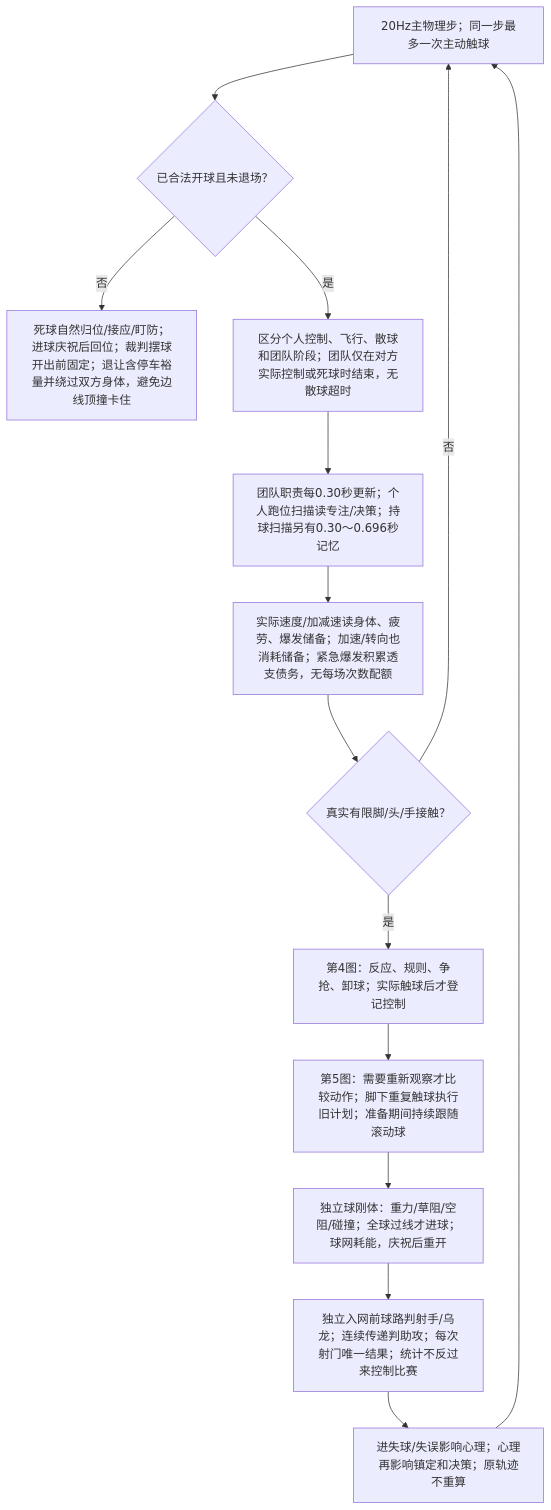
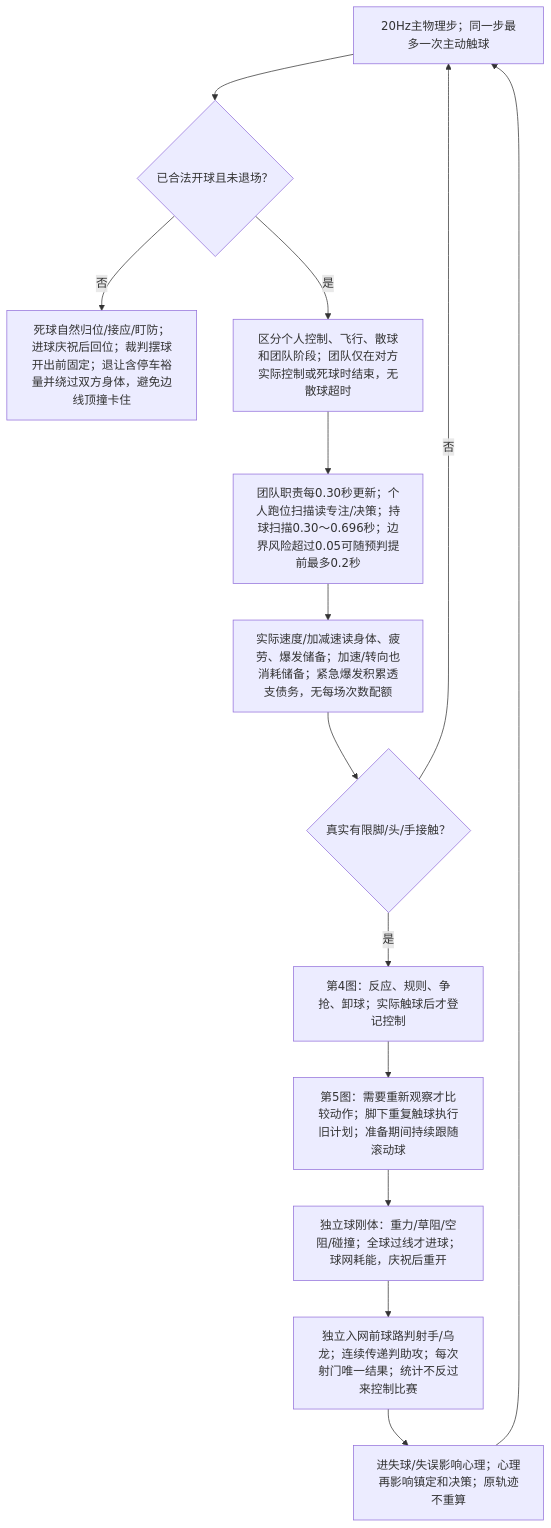
The first of 7 diagrams in packages/shared/modules/matches/design/PLAYER_DECISION_MAP.md (sixu3575/touchline-manager), drawn with Mermaid before and after one commit. The commit also changed other lines of this file and 26 other files, not shown here.

````diff
--- a/packages/shared/modules/matches/design/PLAYER_DECISION_MAP.md
+++ b/packages/shared/modules/matches/design/PLAYER_DECISION_MAP.md
@@ -11,16 +11,16 @@
 ```mermaid
 flowchart TD
   O0["20Hz主物理步；同一步最多一次主动触球"] --> O1{"已合法开球且未退场？"}
   O1 -->|否| O2["死球自然归位/接应/盯防；进球庆祝后回位；裁判摆球开出前固定；退让含停车裕量并绕过双方身体，避免边线顶撞卡住"]
   O1 -->|是| O3["区分个人控制、飞行、散球和团队阶段；团队仅在对方实际控制或死球时结束，无散球超时"]
-  O3 --> O4["团队职责每0.30秒更新；个人跑位扫描读专注/决策；持球扫描另有0.30～0.696秒记忆"]
+  O3 --> O4["团队职责每0.30秒更新；个人跑位扫描读专注/决策；持球扫描0.30～0.696秒；边界风险超过0.05可随预判提前最多0.2秒"]
   O4 --> O5["实际速度/加减速读身体、疲劳、爆发储备；加速/转向也消耗储备；紧急爆发积累透支债务，无每场次数配额"]
   O5 --> O6{"真实有限脚/头/手接触？"}
   O6 -->|否| O0
   O6 -->|是| O7["第4图：反应、规则、争抢、卸球；实际触球后才登记控制"]
   O7 --> O8["第5图：需要重新观察才比较动作；脚下重复触球执行旧计划；准备期间持续跟随滚动球"]
   O8 --> O9["独立球刚体：重力/草阻/空阻/碰撞；全球过线才进球；球网耗能，庆祝后重开"]
   O9 --> OS["独立入网前球路判射手/乌龙；连续传递判助攻；每次射门唯一结果；统计不反过来控制比赛"]
   OS --> OM["进失球/失误影响心理；心理再影响镇定和决策；原轨迹不重算"]
   OM --> O0
 ```
````
